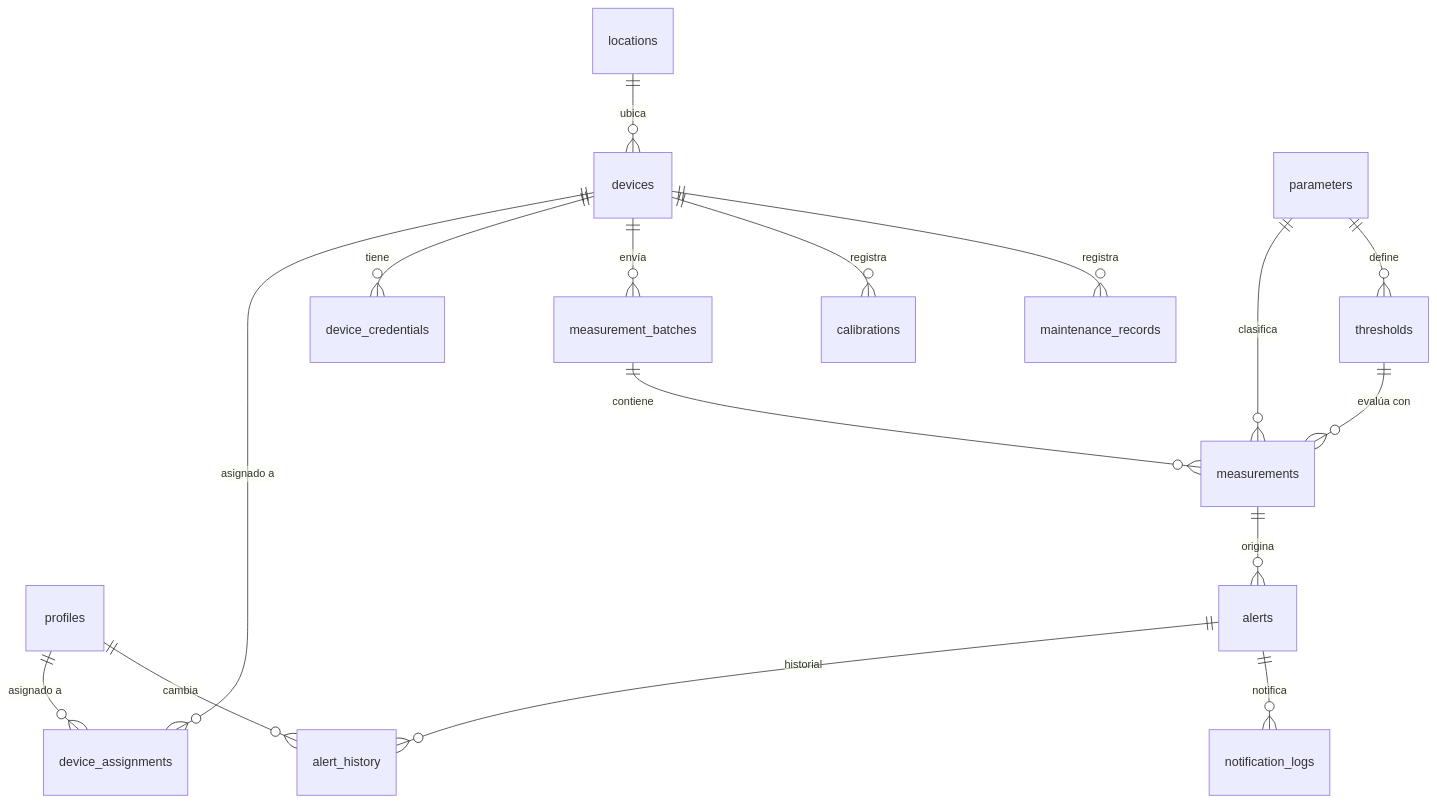
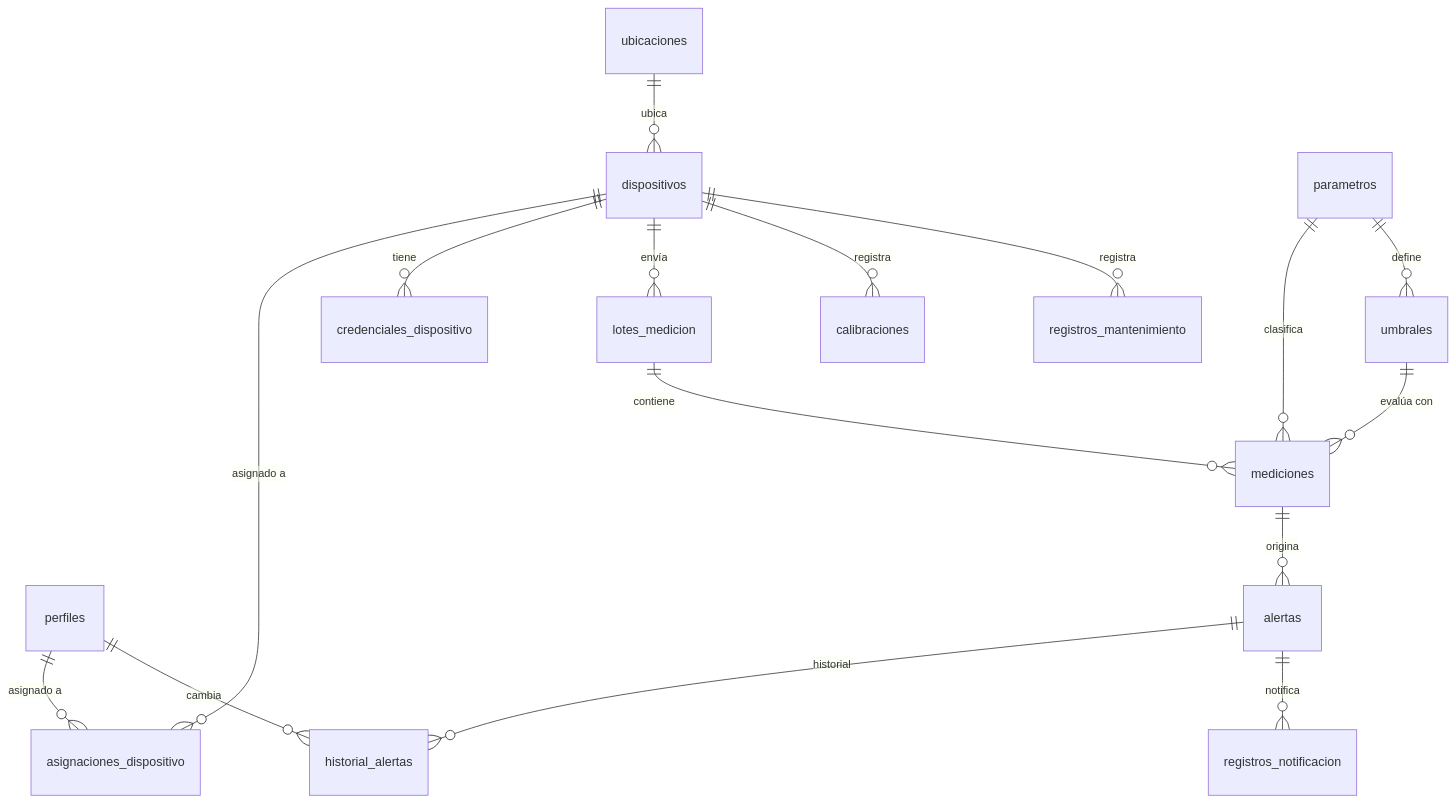
One commit to trabajolasc27-del/Calidad-Agua-IoT changed the diagram in docs/DATABASE_DESIGN.md. Above: the diagram before and after it, drawn with Mermaid. The commit also changed other lines of this file and 62 other files, not shown here.

````diff
--- a/docs/DATABASE_DESIGN.md
+++ b/docs/DATABASE_DESIGN.md
@@ -220,18 +221,18 @@
 ```mermaid
 erDiagram
-    profiles ||--o{ device_assignments : "asignado a"
-    devices ||--o{ device_assignments : "asignado a"
-    locations ||--o{ devices : "ubica"
-    devices ||--o{ device_credentials : "tiene"
-    devices ||--o{ measurement_batches : "envía"
-    measurement_batches ||--o{ measurements : "contiene"
-    parameters ||--o{ measurements : "clasifica"
-    parameters ||--o{ thresholds : "define"
-    thresholds ||--o{ measurements : "evalúa con"
-    measurements ||--o{ alerts : "origina"
-    alerts ||--o{ alert_history : "historial"
-    profiles ||--o{ alert_history : "cambia"
-    devices ||--o{ calibrations : "registra"
-    devices ||--o{ maintenance_records : "registra"
-    alerts ||--o{ notification_logs : "notifica"
+    perfiles ||--o{ asignaciones_dispositivo : "asignado a"
+    dispositivos ||--o{ asignaciones_dispositivo : "asignado a"
+    ubicaciones ||--o{ dispositivos : "ubica"
+    dispositivos ||--o{ credenciales_dispositivo : "tiene"
+    dispositivos ||--o{ lotes_medicion : "envía"
+    lotes_medicion ||--o{ mediciones : "contiene"
+    parametros ||--o{ mediciones : "clasifica"
+    parametros ||--o{ umbrales : "define"
+    umbrales ||--o{ mediciones : "evalúa con"
+    mediciones ||--o{ alertas : "origina"
+    alertas ||--o{ historial_alertas : "historial"
+    perfiles ||--o{ historial_alertas : "cambia"
+    dispositivos ||--o{ calibraciones : "registra"
+    dispositivos ||--o{ registros_mantenimiento : "registra"
+    alertas ||--o{ registros_notificacion : "notifica"
 ```
````
